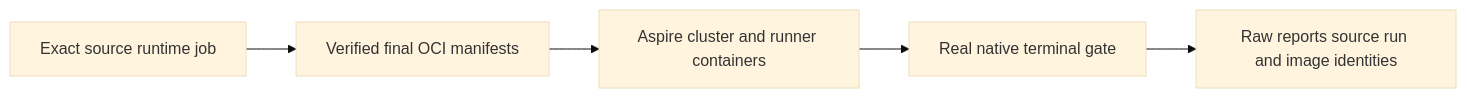
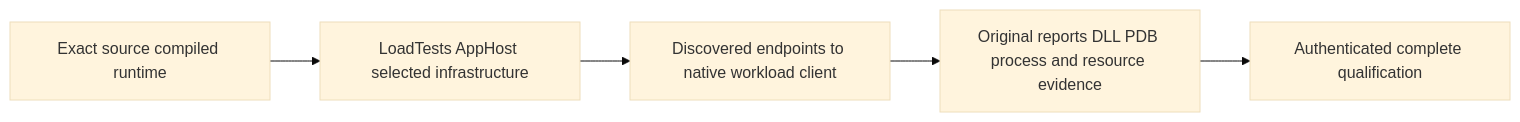
One commit to managedcode/KeyLoad changed the first of 11 diagrams in docs/Features/BenchmarkComparisons.md. Above: the diagram before and after it, drawn with Mermaid (base theme). The commit also changed other lines of this file and 636 other files, not shown here.

````diff
--- a/docs/Features/BenchmarkComparisons.md
+++ b/docs/Features/BenchmarkComparisons.md
@@ -115,7 +111,7 @@
 ```mermaid
 flowchart LR
-    GitHub[Exact source runtime job] --> Images[Verified final OCI manifests]
-    Images --> Host[Aspire cluster and runner containers]
-    Host --> Native[Real native terminal gate]
-    Native --> Artifact[Raw reports source run and image identities]
+    GitHub[Exact source compiled runtime] --> Host[LoadTests AppHost selected infrastructure]
+    Host --> Client[Discovered endpoints to native workload client]
+    Client --> Artifact[Original reports DLL PDB process and resource evidence]
+    Artifact --> Gate[Authenticated complete qualification]
 ```
````
